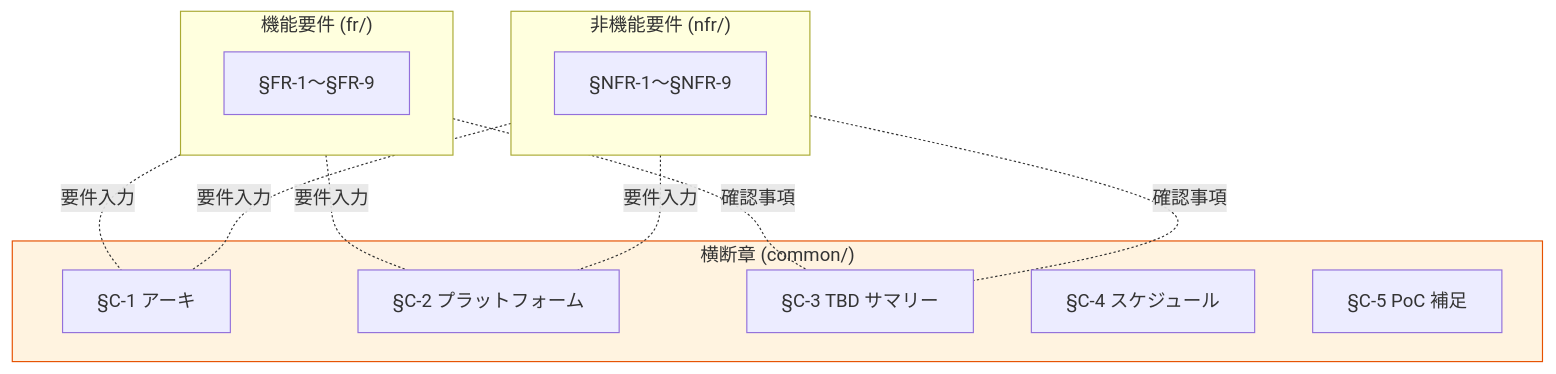
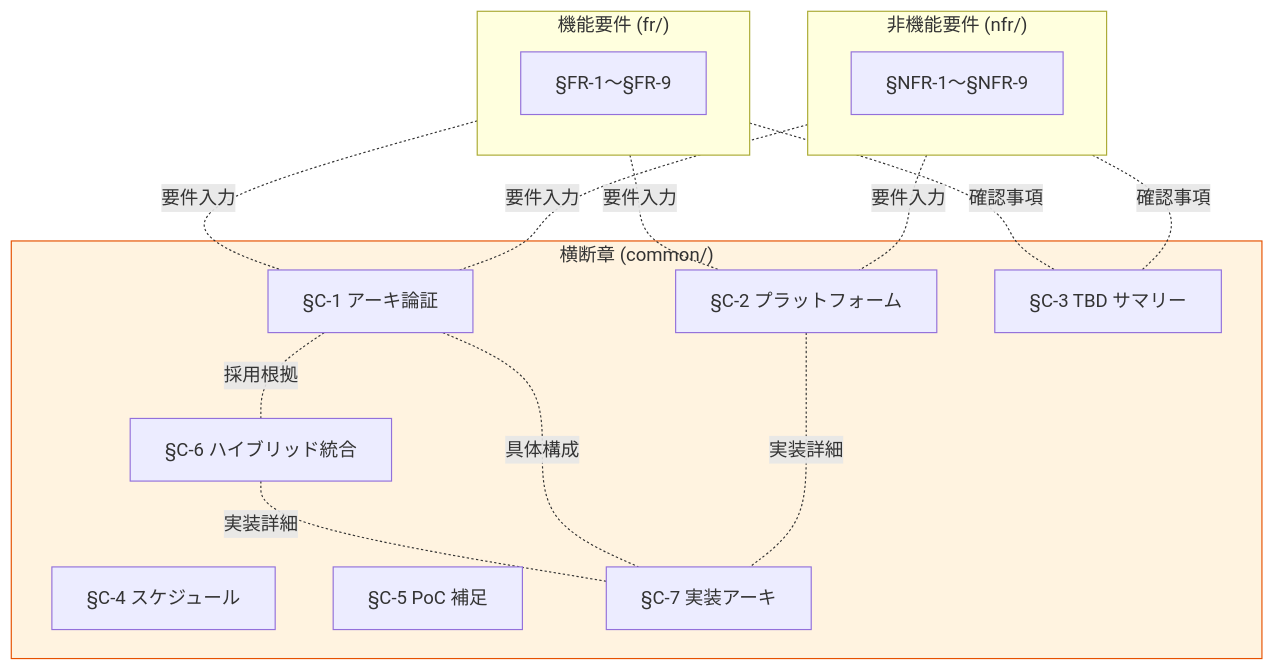
The diagram in doc/requirements/proposal/common/00-index.md (suepie/aws-atuh-poc), drawn with Mermaid before and after one commit. The commit also changed other lines of this file and 7 other files, not shown here.

````diff
--- a/doc/requirements/proposal/common/00-index.md
+++ b/doc/requirements/proposal/common/00-index.md
@@ -21,25 +23,31 @@
 ```mermaid
 flowchart TB
     subgraph FR["機能要件 (fr/)"]
         FRn["§FR-1〜§FR-9"]
     end
     subgraph NFR["非機能要件 (nfr/)"]
         NFRn["§NFR-1〜§NFR-9"]
     end
     subgraph COMMON["横断章 (common/)"]
-        C1["§C-1 アーキ"]
+        C1["§C-1 アーキ論証"]
         C2["§C-2 プラットフォーム"]
         C3["§C-3 TBD サマリー"]
         C4["§C-4 スケジュール"]
         C5["§C-5 PoC 補足"]
+        C6["§C-6 ハイブリッド統合"]
+        C7["§C-7 実装アーキ"]
     end
 
     FR -.要件入力.- C1
     FR -.要件入力.- C2
     NFR -.要件入力.- C1
     NFR -.要件入力.- C2
     FR -.確認事項.- C3
     NFR -.確認事項.- C3
+    C1 -.採用根拠.- C6
+    C6 -.実装詳細.- C7
+    C1 -.具体構成.- C7
+    C2 -.実装詳細.- C7
 
     style COMMON fill:#fff3e0,stroke:#e65100
 ```
````
